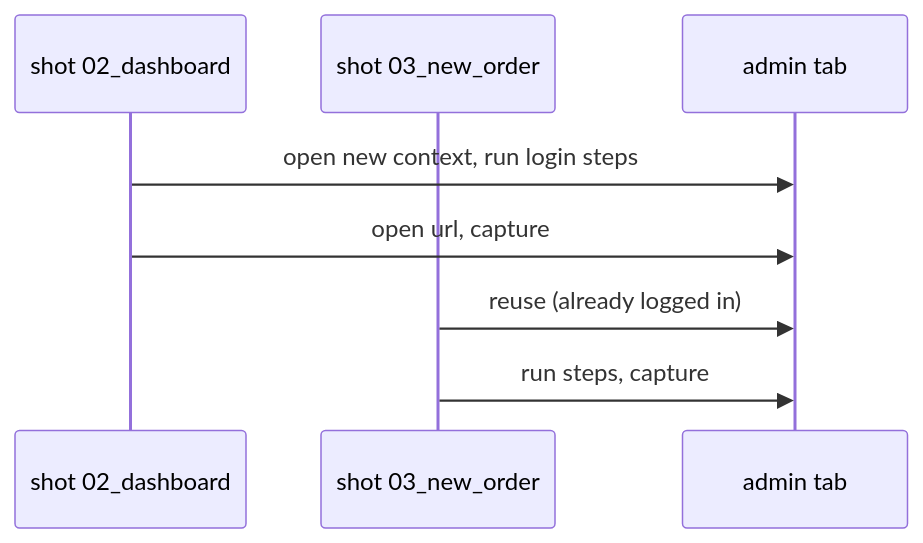
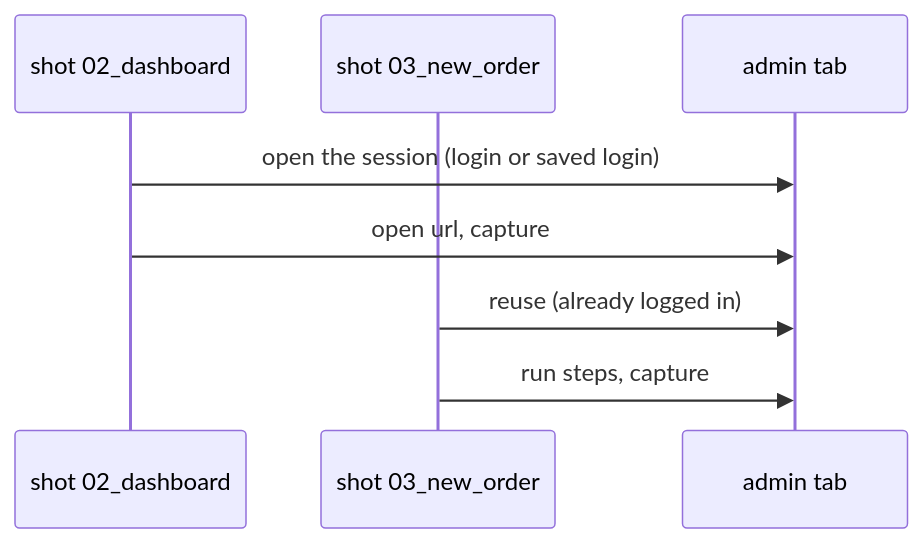
Before and after one commit to karsawave/gushot: the third of 3 diagrams in docs/how-it-works/how-it-works.md, drawn with Mermaid. The commit also changed other lines of this file and 4 other files, not shown here.

Commit message:
Docs: how-it-works diagrams for video and keepLogin; freshSession wording

````diff
--- a/docs/how-it-works/how-it-works.md
+++ b/docs/how-it-works/how-it-works.md
@@ -37,10 +57,10 @@
 ```mermaid
 sequenceDiagram
     participant S1 as shot 02_dashboard
     participant S2 as shot 03_new_order
     participant Tab as admin tab
-    S1->>Tab: open new context, run login steps
+    S1->>Tab: open the session (login or saved login)
     S1->>Tab: open url, capture
     S2->>Tab: reuse (already logged in)
     S2->>Tab: run steps, capture
 ```
````
